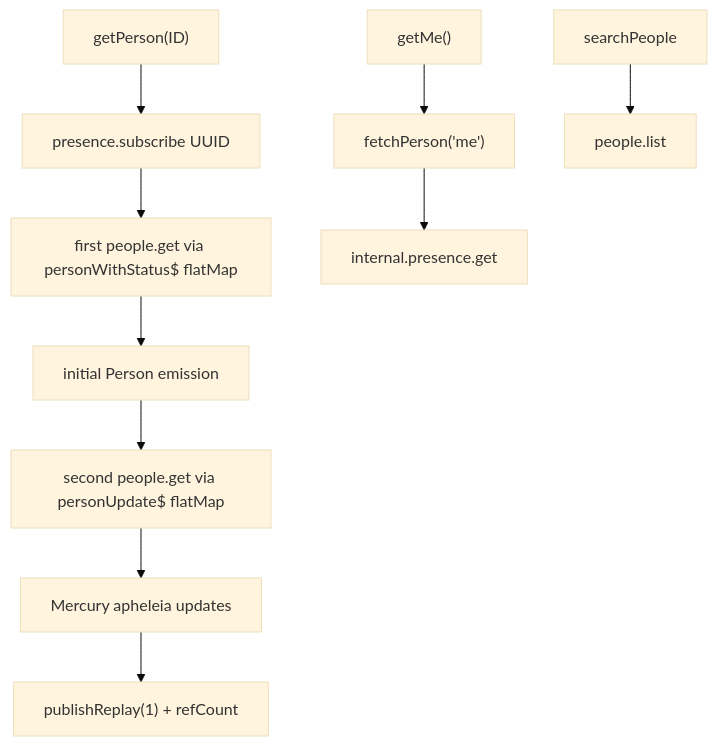
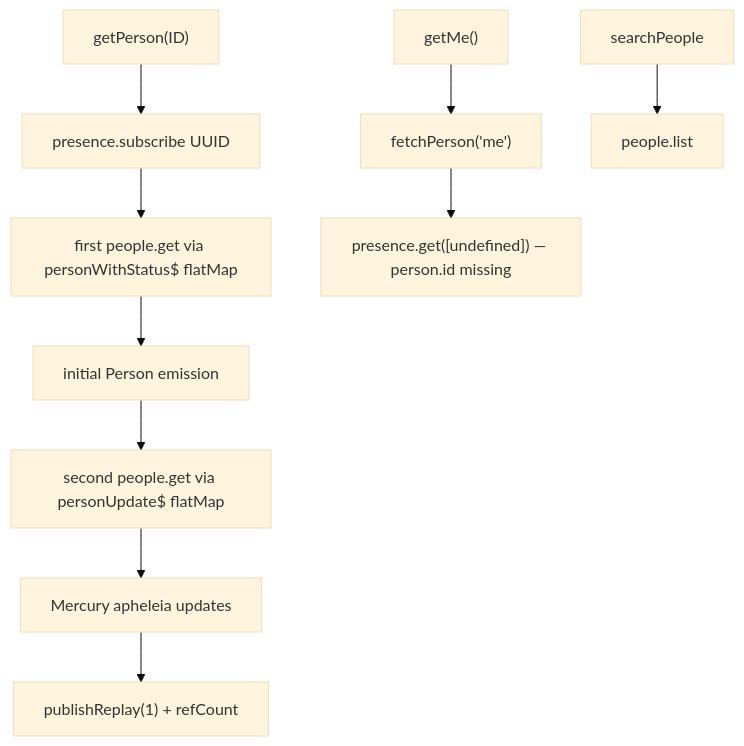
Before and after one commit to webex/sdk-component-adapter: the first of 5 diagrams in src/ai-docs/people-sdk-adapter-spec.md, drawn with Mermaid (base theme). The commit also changed other lines of this file and 13 other files, not shown here.

````diff
--- a/src/ai-docs/people-sdk-adapter-spec.md
+++ b/src/ai-docs/people-sdk-adapter-spec.md
@@ -109,12 +109,12 @@
 ```mermaid
 flowchart TD
   getPerson["getPerson(ID)"] --> aph["presence.subscribe UUID"]
   aph --> fetch1["first people.get via personWithStatus$ flatMap"]
   fetch1 --> emit1["initial Person emission"]
   emit1 --> fetch2["second people.get via personUpdate$ flatMap"]
   fetch2 --> mercury["Mercury apheleia updates"]
   mercury --> pr["publishReplay(1) + refCount"]
   getMe["getMe()"] --> meFetch["fetchPerson('me')"]
-  meFetch --> presGet["internal.presence.get"]
+  meFetch --> presGet["presence.get([undefined]) — person.id missing"]
   search["searchPeople"] --> list["people.list"]
 ```
````
